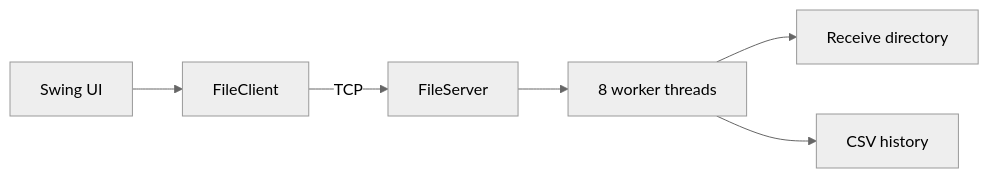
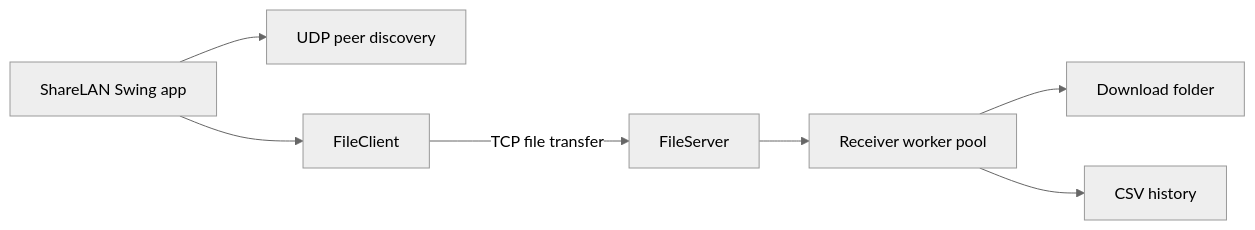
The diagram in README.md (Md-Faiq18/ShareLAN), drawn with Mermaid (neutral theme) before and after one commit. The commit also changed other lines of this file and 2 other files, not shown here.

Commit message:
ShareLan Project

````diff
--- a/README.md
+++ b/README.md
@@ -17,8 +32,9 @@
 ```mermaid
 flowchart LR
- GUI[Swing UI] --> Client[FileClient]
- Client -- TCP --> Server[FileServer]
- Server --> Pool[8 worker threads]
- Pool --> Disk[Receive directory]
- Pool --> CSV[CSV history]
+    UI[ShareLAN Swing app] --> Discovery[UDP peer discovery]
+    UI --> Client[FileClient]
+    Client -- TCP file transfer --> Server[FileServer]
+    Server --> Workers[Receiver worker pool]
+    Workers --> Files[Download folder]
+    Workers --> History[CSV history]
 ```
````
